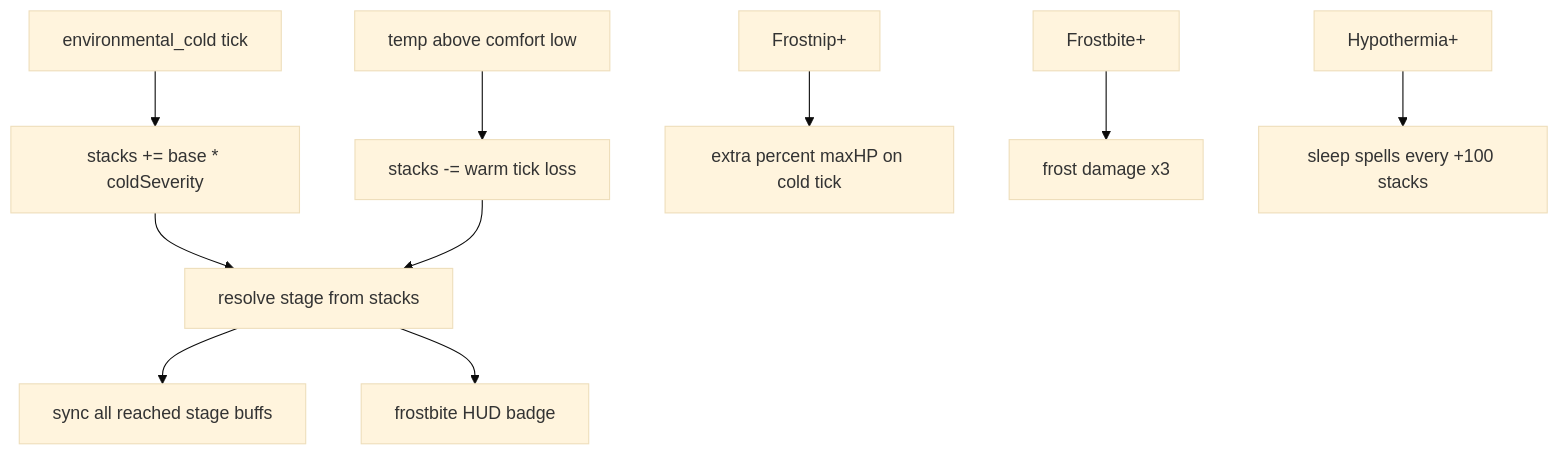
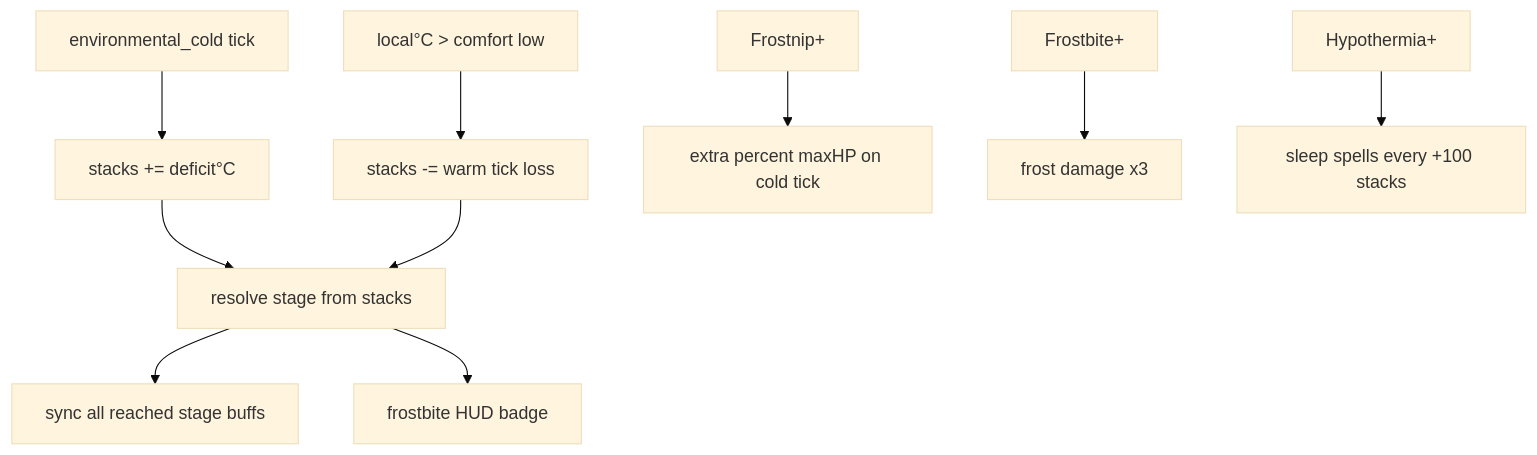
One commit to Jayrr-Dev/reigncraft changed the first of 2 diagrams in gameplay/mechanics/frostbite/mechanics.md. Above: the diagram before and after it, drawn with Mermaid (base theme). The commit also changed other lines of this file and 10 other files, not shown here.

First line of the commit message:
Refine frostbite mechanics and documentation for warm decay and stack interactions

````diff
--- a/gameplay/mechanics/frostbite/mechanics.md
+++ b/gameplay/mechanics/frostbite/mechanics.md
@@ -5,12 +5,12 @@
 ```mermaid
 flowchart TD
-  coldTick["environmental_cold tick"] --> gain["stacks += base * coldSeverity"]
-  warm["temp above comfort low"] --> decay["stacks -= warm tick loss"]
+  coldTick["environmental_cold tick"] --> gain["stacks += deficit°C"]
+  warm["local°C > comfort low"] --> decay["stacks -= warm tick loss"]
   gain --> stage["resolve stage from stacks"]
   decay --> stage
   stage --> buffs["sync all reached stage buffs"]
   stage --> hud["frostbite HUD badge"]
   frostnip["Frostnip+"] --> pct["extra percent maxHP on cold tick"]
   frostbiteStage["Frostbite+"] --> dbl["frost damage x3"]
   hypo["Hypothermia+"] --> sleep["sleep spells every +100 stacks"]
 ```
````
